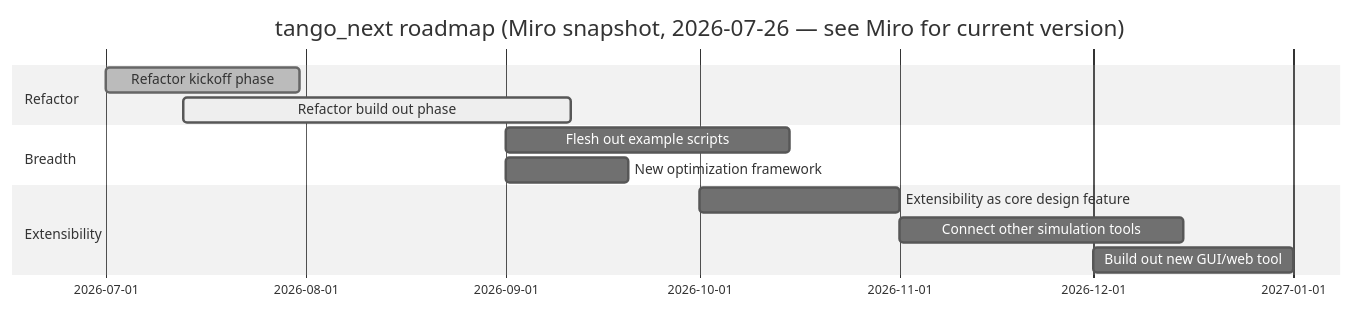
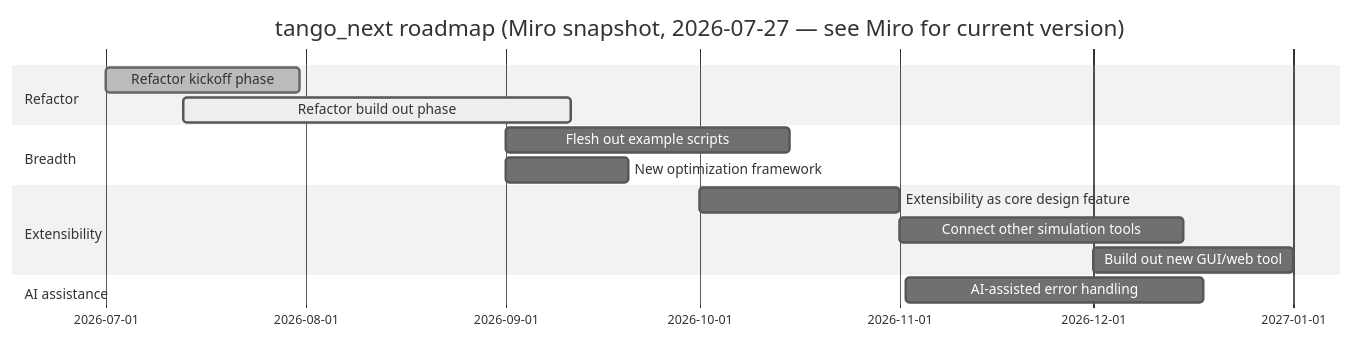
Before and after one commit to GEG-ETHZ/TANGO-core: the third of 3 diagrams in docs/tango_next_progress_summary.md, drawn with Mermaid (neutral theme). The commit also changed other lines of this file, not shown here.

Commit message:
chore: added AI-assisted error handling task

````diff
--- a/docs/tango_next_progress_summary.md
+++ b/docs/tango_next_progress_summary.md
@@ -159,15 +159,17 @@
 ```mermaid
 gantt
     dateFormat  YYYY-MM-DD
-    title tango_next roadmap (Miro snapshot, 2026-07-26 — see Miro for current version)
+    title tango_next roadmap (Miro snapshot, 2026-07-27 — see Miro for current version)
     section Refactor
     Refactor kickoff phase              :done, kickoff, 2026-07-01, 2026-07-31
     Refactor build out phase            :active, buildout, 2026-07-13, 2026-09-11
     section Breadth
     Flesh out example scripts           :scripts, 2026-09-01, 2026-10-15
     New optimization framework          :optim, 2026-09-01, 2026-09-20
     section Extensibility
     Extensibility as core design feature :ext, 2026-10-01, 2026-11-01
     Connect other simulation tools      :connect, 2026-11-01, 2026-12-15
     Build out new GUI/web tool          :gui, 2026-12-01, 2027-01-01
+    section AI assistance
+    AI-assisted error handling          :aierr, 2026-11-02, 2026-12-18
 ```
````
